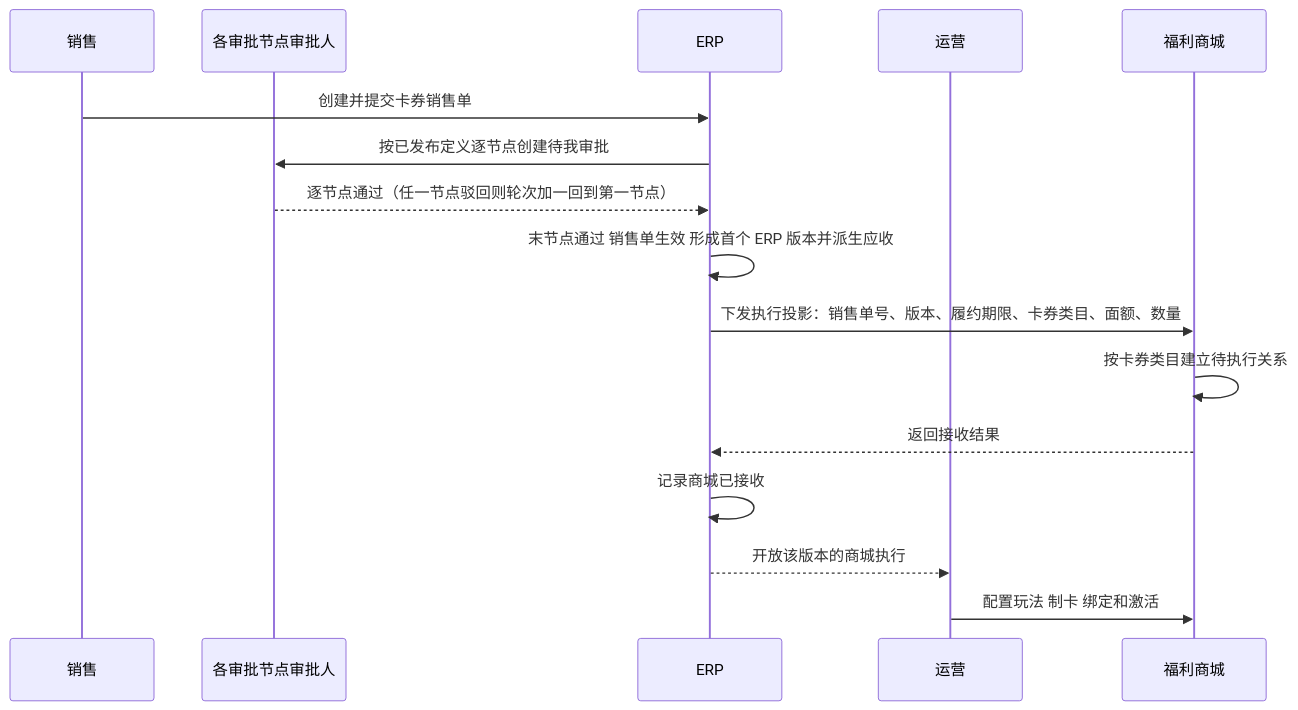
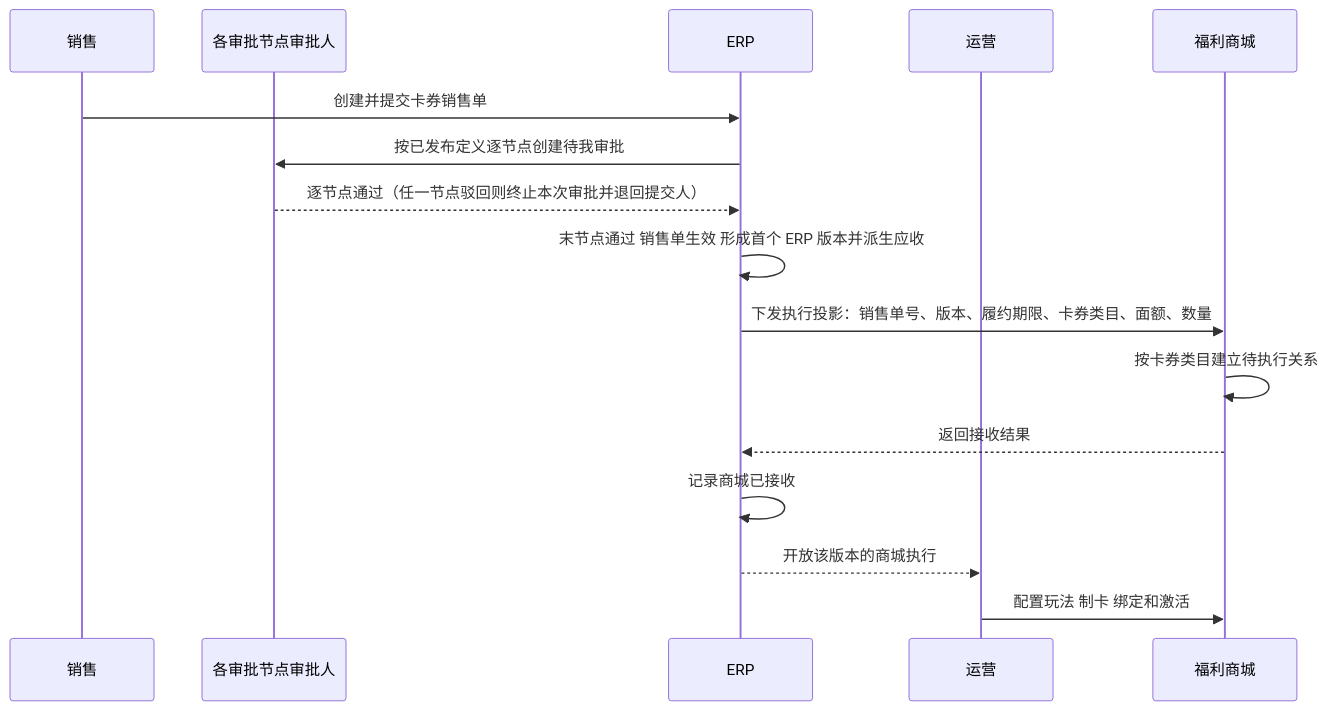
The second of 4 diagrams in docs/erp-phase-2.md (mztlive/erp), drawn with Mermaid before and after one commit. The commit also changed other lines of this file and 329 other files, not shown here.

````diff
--- a/docs/erp-phase-2.md
+++ b/docs/erp-phase-2.md
@@ -499,19 +499,19 @@
 ```mermaid
 sequenceDiagram
   participant 销售
   participant 审批人 as 各审批节点审批人
   participant ERP
   participant 运营
   participant 商城 as 福利商城
 
   销售->>ERP: 创建并提交卡券销售单
   ERP->>审批人: 按已发布定义逐节点创建待我审批
-  审批人-->>ERP: 逐节点通过（任一节点驳回则轮次加一回到第一节点）
+  审批人-->>ERP: 逐节点通过（任一节点驳回则终止本次审批并退回提交人）
   ERP->>ERP: 末节点通过 销售单生效 形成首个 ERP 版本并派生应收
   ERP->>商城: 下发执行投影：销售单号、版本、履约期限、卡券类目、面额、数量
   商城->>商城: 按卡券类目建立待执行关系
   商城-->>ERP: 返回接收结果
   ERP->>ERP: 记录商城已接收
   ERP-->>运营: 开放该版本的商城执行
   运营->>商城: 配置玩法 制卡 绑定和激活
 ```
````
